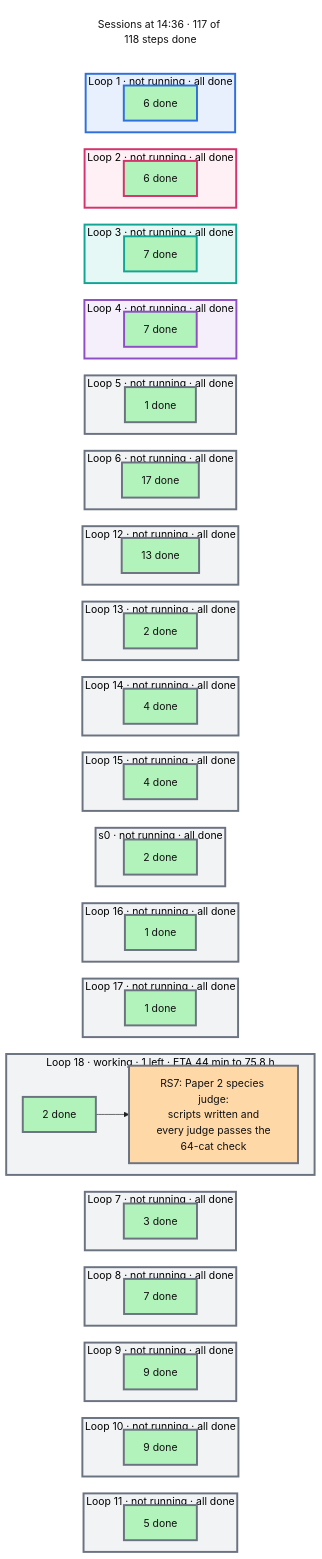
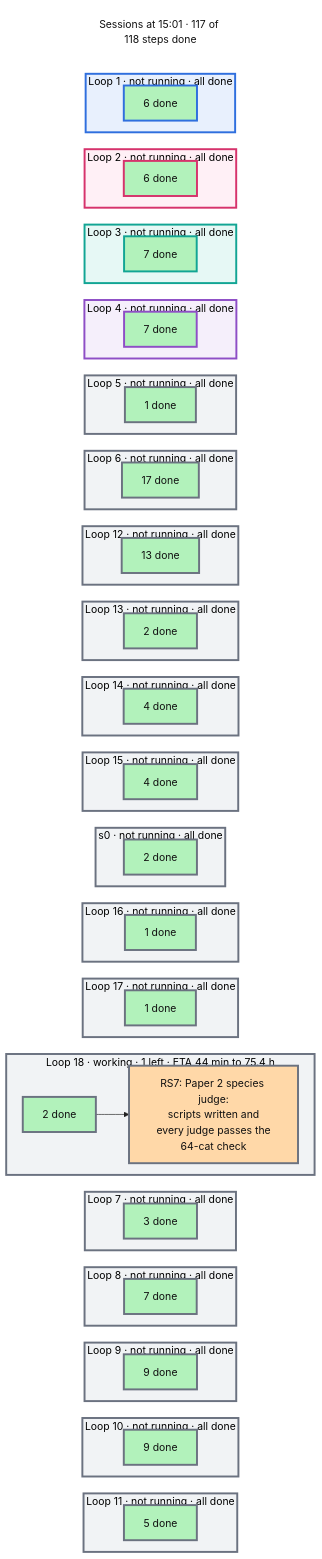
The diagram in artifacts/notes/progress/sessions.mmd (mo-rsa24/concept-composition), drawn with Mermaid before and after one commit. The commit also changed 9 other files, not shown here.

```diff
--- a/artifacts/notes/progress/sessions.mmd
+++ b/artifacts/notes/progress/sessions.mmd
@@ -1,124 +1,124 @@
 %%{init: {'theme': 'base', 'themeVariables': {'fontFamily': 'monospace', 'primaryColor': '#ffffff', 'primaryBorderColor': '#222222', 'primaryTextColor': '#111111', 'lineColor': '#222222'}, 'flowchart': {'nodeSpacing': 16, 'rankSpacing': 26}}}%%
 flowchart TB
   classDef done fill:#b2f2bb,color:#111111
   classDef doing fill:#ffd8a8,color:#111111
   classDef todo fill:#e9ecef,color:#111111
   classDef note fill:#ffffff,stroke:#c92a2a,stroke-dasharray:5 5,color:#c92a2a
-  now["Sessions at 14:36 · 117 of 118 steps done"]
+  now["Sessions at 15:01 · 117 of 118 steps done"]
   style now fill:#ffffff,stroke:#ffffff,color:#111111
   subgraph L0["Loop 1 · not running · all done"]
     direction LR
     d0["6 done"]:::done
   end
   subgraph L1["Loop 2 · not running · all done"]
     direction LR
     d1["6 done"]:::done
   end
   subgraph L2["Loop 3 · not running · all done"]
     direction LR
     d2["7 done"]:::done
   end
   subgraph L3["Loop 4 · not running · all done"]
     direction LR
     d3["7 done"]:::done
   end
   subgraph L4["Loop 5 · not running · all done"]
     direction LR
     d4["1 done"]:::done
   end
   subgraph L5["Loop 6 · not running · all done"]
     direction LR
     d5["17 done"]:::done
   end
   subgraph L6["Loop 12 · not running · all done"]
     direction LR
     d6["13 done"]:::done
   end
   subgraph L7["Loop 13 · not running · all done"]
     direction LR
     d7["2 done"]:::done
   end
   subgraph L8["Loop 14 · not running · all done"]
     direction LR
     d8["4 done"]:::done
   end
   subgraph L9["Loop 15 · not running · all done"]
     direction LR
     d9["4 done"]:::done
   end
   subgraph L10["s0 · not running · all done"]
     direction LR
     d10["2 done"]:::done
   end
   subgraph L11["Loop 16 · not running · all done"]
     direction LR
     d11["1 done"]:::done
   end
   subgraph L12["Loop 17 · not running · all done"]
     direction LR
     d12["1 done"]:::done
   end
-  subgraph L13["Loop 18 · working · 1 left · ETA 44 min to 75.8 h"]
+  subgraph L13["Loop 18 · working · 1 left · ETA 44 min to 75.4 h"]
     direction LR
     d13["2 done"]:::done --> n_RS7["RS7: Paper 2 species judge:<br/>scripts written and<br/>every judge passes the<br/>64-cat check"]:::doing
   end
   subgraph L14["Loop 7 · not running · all done"]
     direction LR
     d14["3 done"]:::done
   end
   subgraph L15["Loop 8 · not running · all done"]
     direction LR
     d15["7 done"]:::done
   end
   subgraph L16["Loop 9 · not running · all done"]
     direction LR
     d16["9 done"]:::done
   end
   subgraph L17["Loop 10 · not running · all done"]
     direction LR
     d17["9 done"]:::done
   end
   subgraph L18["Loop 11 · not running · all done"]
     direction LR
     d18["5 done"]:::done
   end
   now ~~~ L0 ~~~ L1 ~~~ L2 ~~~ L3 ~~~ L4 ~~~ L5 ~~~ L6 ~~~ L7 ~~~ L8 ~~~ L9 ~~~ L10 ~~~ L11 ~~~ L12 ~~~ L13 ~~~ L14 ~~~ L15 ~~~ L16 ~~~ L17 ~~~ L18
   style L0 fill:#e8f0fd,stroke:#2f6fde,stroke-width:3px
   style d0 stroke:#2f6fde,stroke-width:3px
   style L1 fill:#fff0f6,stroke:#d6336c,stroke-width:3px
   style d1 stroke:#d6336c,stroke-width:3px
   style L2 fill:#e6f8f5,stroke:#12a594,stroke-width:3px
   style d2 stroke:#12a594,stroke-width:3px
   style L3 fill:#f5effb,stroke:#8e4ec6,stroke-width:3px
   style d3 stroke:#8e4ec6,stroke-width:3px
   style L4 fill:#f1f3f5,stroke:#6b7280,stroke-width:3px
   style d4 stroke:#6b7280,stroke-width:3px
   style L5 fill:#f1f3f5,stroke:#6b7280,stroke-width:3px
   style d5 stroke:#6b7280,stroke-width:3px
   style L6 fill:#f1f3f5,stroke:#6b7280,stroke-width:3px
   style d6 stroke:#6b7280,stroke-width:3px
   style L7 fill:#f1f3f5,stroke:#6b7280,stroke-width:3px
   style d7 stroke:#6b7280,stroke-width:3px
   style L8 fill:#f1f3f5,stroke:#6b7280,stroke-width:3px
   style d8 stroke:#6b7280,stroke-width:3px
   style L9 fill:#f1f3f5,stroke:#6b7280,stroke-width:3px
   style d9 stroke:#6b7280,stroke-width:3px
   style L10 fill:#f1f3f5,stroke:#6b7280,stroke-width:3px
   style d10 stroke:#6b7280,stroke-width:3px
   style L11 fill:#f1f3f5,stroke:#6b7280,stroke-width:3px
   style d11 stroke:#6b7280,stroke-width:3px
   style L12 fill:#f1f3f5,stroke:#6b7280,stroke-width:3px
   style d12 stroke:#6b7280,stroke-width:3px
   style L13 fill:#f1f3f5,stroke:#6b7280,stroke-width:3px
   style d13 stroke:#6b7280,stroke-width:3px
   style n_RS7 stroke:#6b7280,stroke-width:3px
   style L14 fill:#f1f3f5,stroke:#6b7280,stroke-width:3px
   style d14 stroke:#6b7280,stroke-width:3px
   style L15 fill:#f1f3f5,stroke:#6b7280,stroke-width:3px
   style d15 stroke:#6b7280,stroke-width:3px
   style L16 fill:#f1f3f5,stroke:#6b7280,stroke-width:3px
   style d16 stroke:#6b7280,stroke-width:3px
   style L17 fill:#f1f3f5,stroke:#6b7280,stroke-width:3px
   style d17 stroke:#6b7280,stroke-width:3px
   style L18 fill:#f1f3f5,stroke:#6b7280,stroke-width:3px
   style d18 stroke:#6b7280,stroke-width:3px
```
